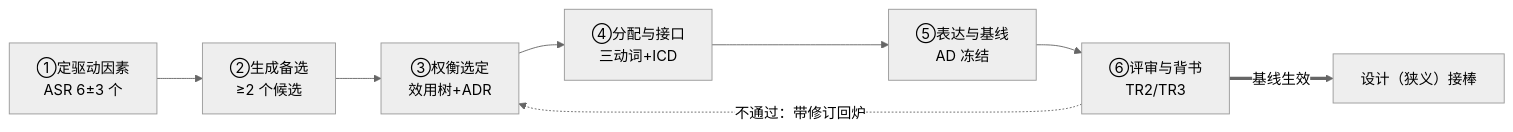
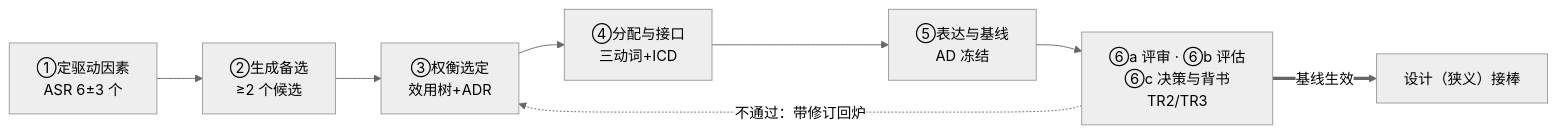
One commit to Yongjunzhou/business-Engineering changed the third of 3 diagrams in 10-系统工程研究/00-系统工程相关研究报告/16-构思定义设计关系及架构活动研究报告.md. Above: the diagram before and after it, drawn with Mermaid (neutral theme). The commit also changed other lines of this file and 30 other files, not shown here.

````diff
--- a/10-系统工程研究/00-系统工程相关研究报告/16-构思定义设计关系及架构活动研究报告.md
+++ b/10-系统工程研究/00-系统工程相关研究报告/16-构思定义设计关系及架构活动研究报告.md
@@ -312,10 +326,10 @@
 ```mermaid
 flowchart LR
     S1["①定驱动因素<br/>ASR 6±3 个"] --> S2["②生成备选<br/>≥2 个候选"]
     S2 --> S3["③权衡选定<br/>效用树+ADR"]
     S3 --> S4["④分配与接口<br/>三动词+ICD"]
     S4 --> S5["⑤表达与基线<br/>AD 冻结"]
-    S5 --> S6["⑥评审与背书<br/>TR2/TR3"]
+    S5 --> S6["⑥a 评审 · ⑥b 评估<br/>⑥c 决策与背书<br/>TR2/TR3"]
     S6 -.不通过：带修订回炉.-> S3
     S6 ==>|基线生效| DES["设计（狭义）接棒"]
 ```
````
